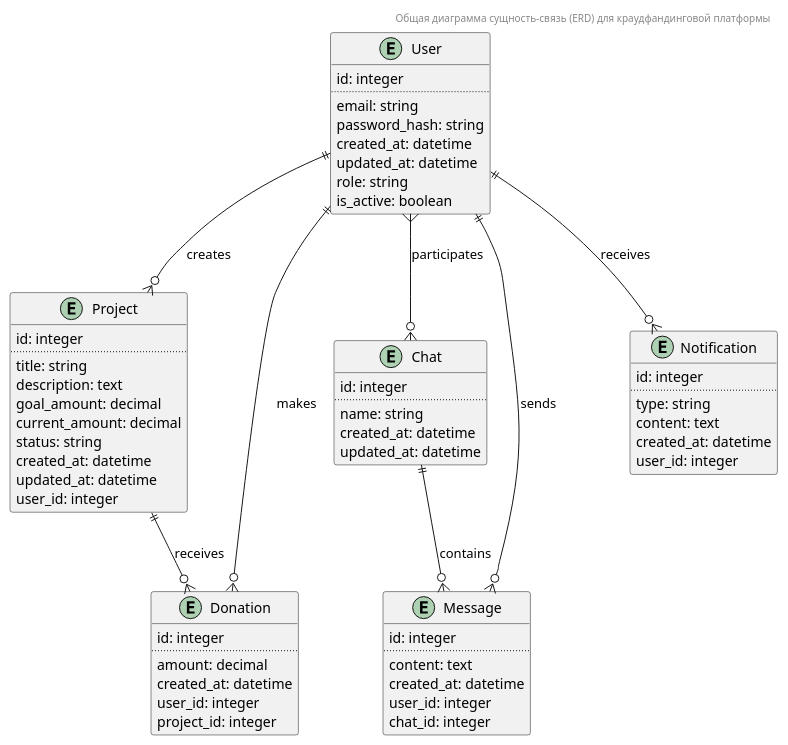
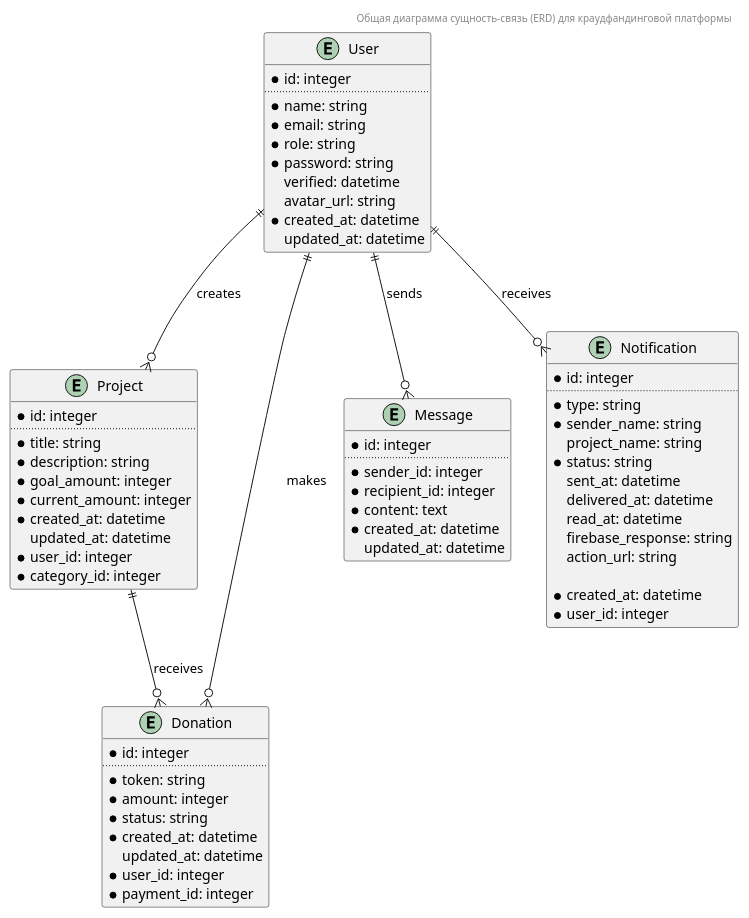
The diagram in docs/erd_overview.plantuml (Yaosobolev/crowdfunding-platform), drawn with PlantUML before and after one commit. The commit also changed 2 other files, not shown here.

```diff
--- a/docs/erd_overview.plantuml
+++ b/docs/erd_overview.plantuml
@@ -1,72 +1,76 @@
 @startuml erd_Overview
 ' Общая диаграмма сущность-связь (ERD) для краудфандинговой платформы
 ' Включает сущности из User DB, Project DB, Payment DB и Chat DB
 Header Общая диаграмма сущность-связь (ERD) для краудфандинговой платформы
 entity User {
-  id: integer
+  *id: integer
   ..
-  email: string
-  password_hash: string
-  created_at: datetime
+  *name: string
+  *email: string
+  *role: string
+  *password: string
+  verified: datetime
+  avatar_url: string
+  *created_at: datetime
   updated_at: datetime
-  role: string
-  is_active: boolean
 }
 
 entity Project {
-  id: integer
+  *id: integer
   ..
-  title: string
-  description: text
-  goal_amount: decimal
-  current_amount: decimal
-  status: string
-  created_at: datetime
+  *title: string
+  *description: string
+  *goal_amount: integer
+  *current_amount: integer
+  *created_at: datetime
   updated_at: datetime
-  user_id: integer
+  *user_id: integer
+  *category_id: integer
 }
 
 entity Donation {
-  id: integer
+  *id: integer
   ..
-  amount: decimal
-  created_at: datetime
-  user_id: integer
-  project_id: integer
+  *token: string
+  *amount: integer
+  *status: string
+  *created_at: datetime
+  updated_at: datetime
+  *user_id: integer
+  *payment_id: integer
 }
 
-entity Chat {
-  id: integer
+entity Message {
+  *id: integer
   ..
-  name: string
-  created_at: datetime
+  *sender_id: integer
+  *recipient_id: integer
+  *content: text
+  *created_at: datetime
   updated_at: datetime
 }
 
-entity Message {
-  id: integer
+entity Notification {
+  *id: integer
   ..
-  content: text
-  created_at: datetime
-  user_id: integer
-  chat_id: integer
-}
+  *type: string
+  *sender_name: string
+  project_name: string
+  *status: string
+  sent_at: datetime
+  delivered_at: datetime
+  read_at: datetime
+  firebase_response: string
+  action_url: string
 
-entity Notification {
-  id: integer
-  ..
-  type: string
-  content: text
-  created_at: datetime
-  user_id: integer
+  *created_at: datetime
+  *user_id: integer
 }
 
 ' Связи
 User ||--o{ Project : "creates"
 User ||--o{ Donation : "makes"
 Project ||--o{ Donation : "receives"
-User }--o{ Chat : "participates"
-Chat ||--o{ Message : "contains"
 User ||--o{ Message : "sends"
 User ||--o{ Notification : "receives"
 @enduml
```
